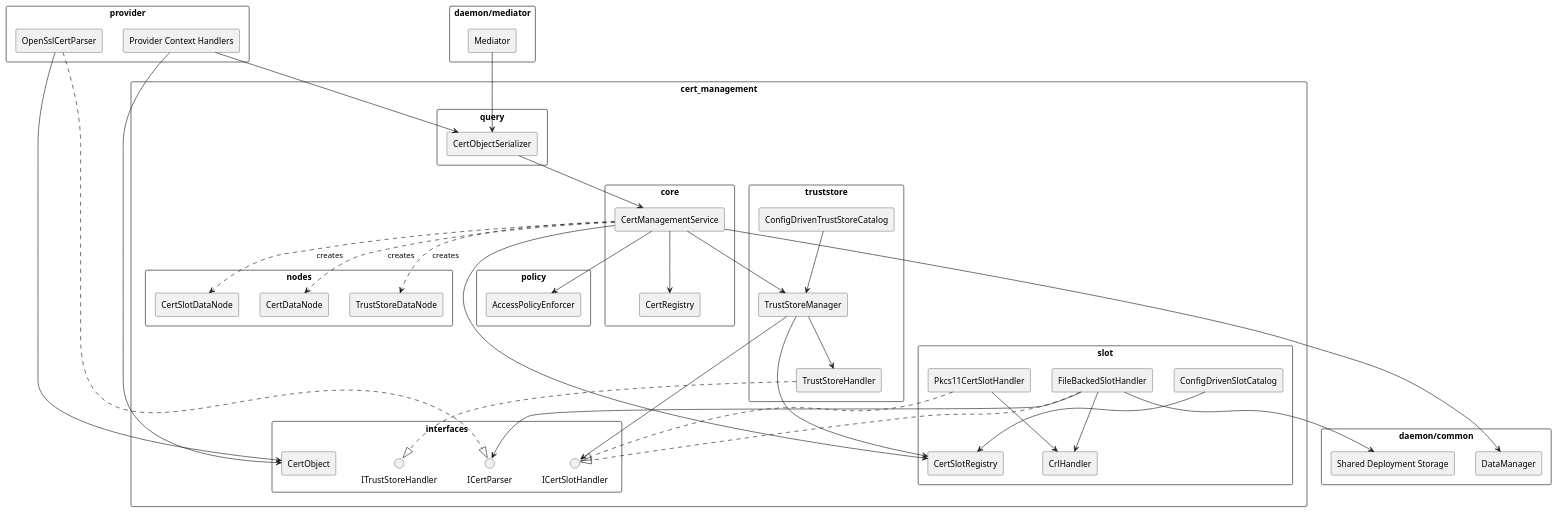
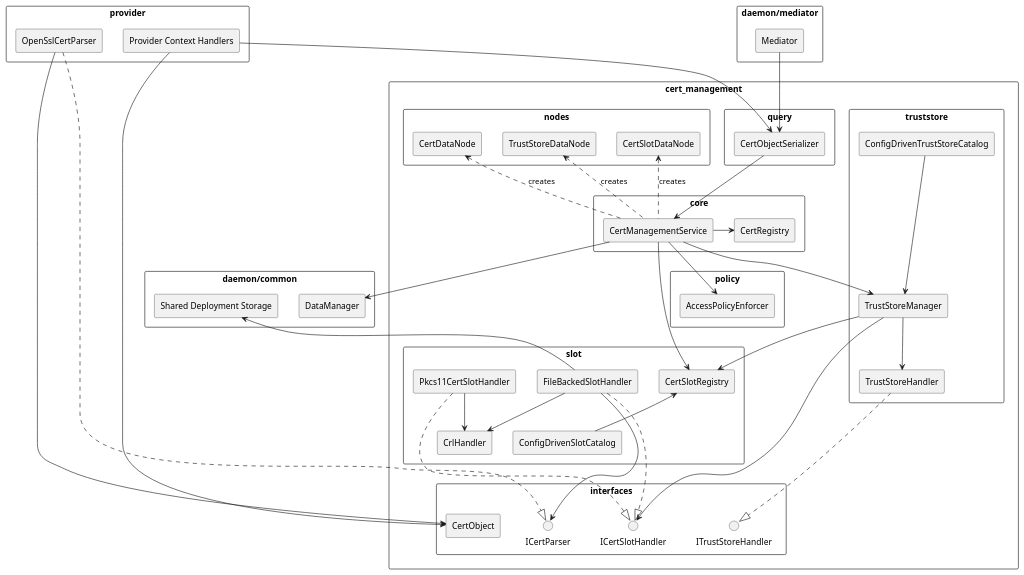
Before and after one commit to eclipse-score/inc_security_crypto: the diagram in score/crypto/src/daemon/cert_management/docs/architecture/cert_management_static.puml, drawn with PlantUML. The commit also changed 71 other files, not shown here.

```diff
--- a/score/crypto/src/daemon/cert_management/docs/architecture/cert_management_static.puml
+++ b/score/crypto/src/daemon/cert_management/docs/architecture/cert_management_static.puml
@@ -14,83 +14,84 @@
-@startuml
+@startuml cert_management_static
+top to bottom direction
 skinparam componentStyle rectangle
 skinparam packageStyle rectangle
 
 package "cert_management" {
   package "core" {
     [CertManagementService]
     [CertRegistry]
   }
   package "interfaces" {
     interface ICertSlotHandler
     interface ITrustStoreHandler
     interface ICertParser
     [CertObject]
   }
   package "nodes" {
     [CertSlotDataNode]
     [CertDataNode]
     [TrustStoreDataNode]
   }
   package "slot" {
     [CertSlotRegistry]
     [ConfigDrivenSlotCatalog]
     [FileBackedSlotHandler]
     [Pkcs11CertSlotHandler]
     [CrlHandler]
   }
   package "truststore" {
     [TrustStoreManager]
     [TrustStoreHandler]
     [ConfigDrivenTrustStoreCatalog]
   }
   package "policy" {
     [AccessPolicyEnforcer]
   }
   package "query" {
     [CertObjectSerializer]
   }
 }
 
 package "daemon/common" {
   [DataManager]
   [Shared Deployment Storage]
 }
 
 package "provider" {
   [OpenSslCertParser]
   [Provider Context Handlers]
 }
 
 package "daemon/mediator" {
   [Mediator]
 }
 
-[CertManagementService] --> [CertRegistry]
+[CertManagementService] -> [CertRegistry]
 [CertManagementService] --> [CertSlotRegistry]
 [CertManagementService] --> [TrustStoreManager]
-[CertManagementService] --> [DataManager]
+[CertManagementService] -->[DataManager]
 [CertManagementService] --> [AccessPolicyEnforcer]
-[CertManagementService] ..> [CertSlotDataNode] : creates
-[CertManagementService] ..> [CertDataNode] : creates
-[CertManagementService] ..> [TrustStoreDataNode] : creates
+[CertSlotDataNode] <.. [CertManagementService] : creates
+[CertDataNode] <.. [CertManagementService] : creates
+[TrustStoreDataNode] <.. [CertManagementService] : creates
 
-[ConfigDrivenSlotCatalog] --> [CertSlotRegistry]
-[ConfigDrivenTrustStoreCatalog] --> [TrustStoreManager]
+[CertSlotRegistry] <-- [ConfigDrivenSlotCatalog]
+[ConfigDrivenTrustStoreCatalog] ---> [TrustStoreManager]
 [TrustStoreManager] --> [CertSlotRegistry]
 [TrustStoreManager] --> [TrustStoreHandler]
 [TrustStoreManager] --> ICertSlotHandler
 [TrustStoreHandler] ..|> ITrustStoreHandler
 [FileBackedSlotHandler] ..|> ICertSlotHandler
 [FileBackedSlotHandler] --> [CrlHandler]
-[FileBackedSlotHandler] --> ICertParser
-[FileBackedSlotHandler] --> [Shared Deployment Storage]
+[FileBackedSlotHandler] ---> ICertParser
+[Shared Deployment Storage] <-- [FileBackedSlotHandler]
 [Pkcs11CertSlotHandler] ..|> ICertSlotHandler
 [Pkcs11CertSlotHandler] --> [CrlHandler]
 [OpenSslCertParser] ..|> ICertParser
 [OpenSslCertParser] --> [CertObject]
 [Provider Context Handlers] --> [CertObject]
 [CertObjectSerializer] --> [CertManagementService]
 [Provider Context Handlers] --> [CertObjectSerializer]
 [Mediator] --> [CertObjectSerializer]
 
 @enduml
```
